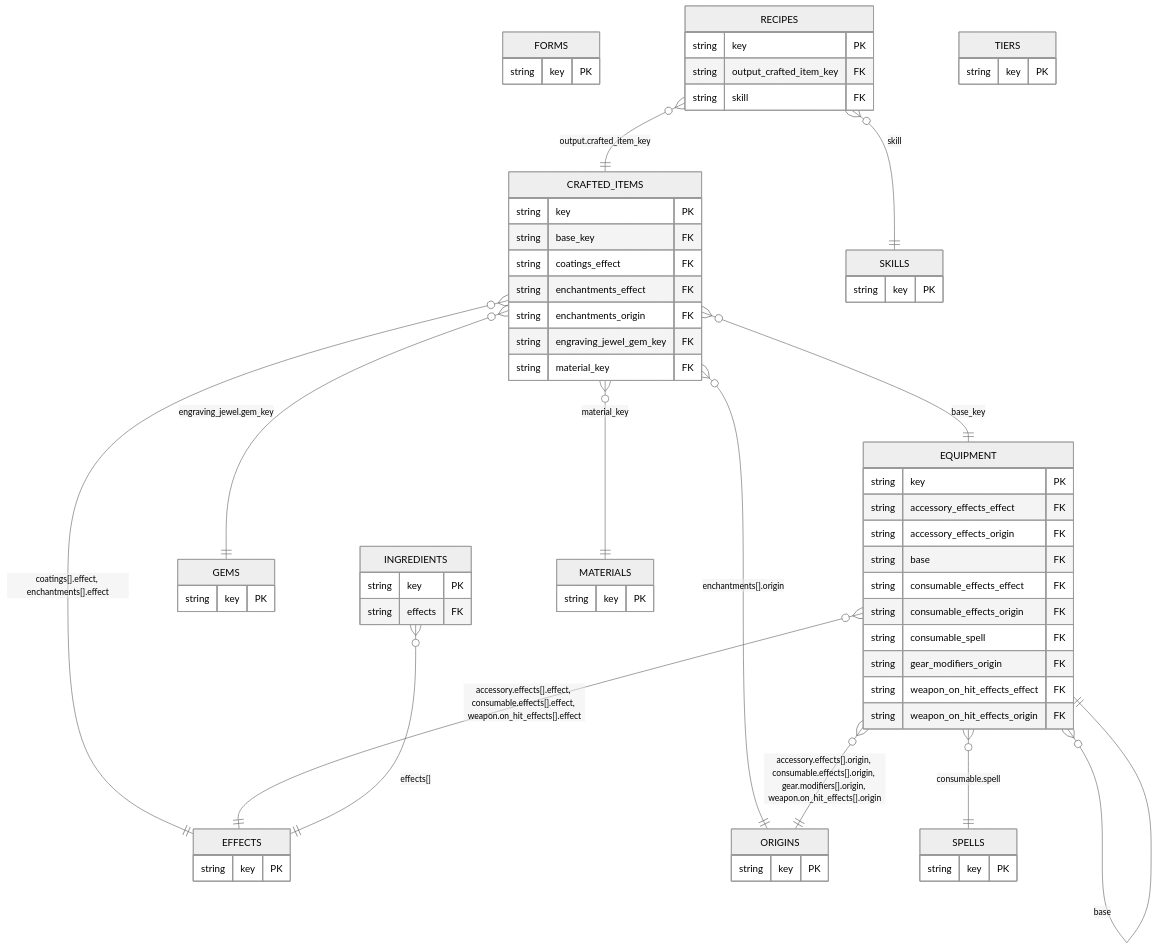
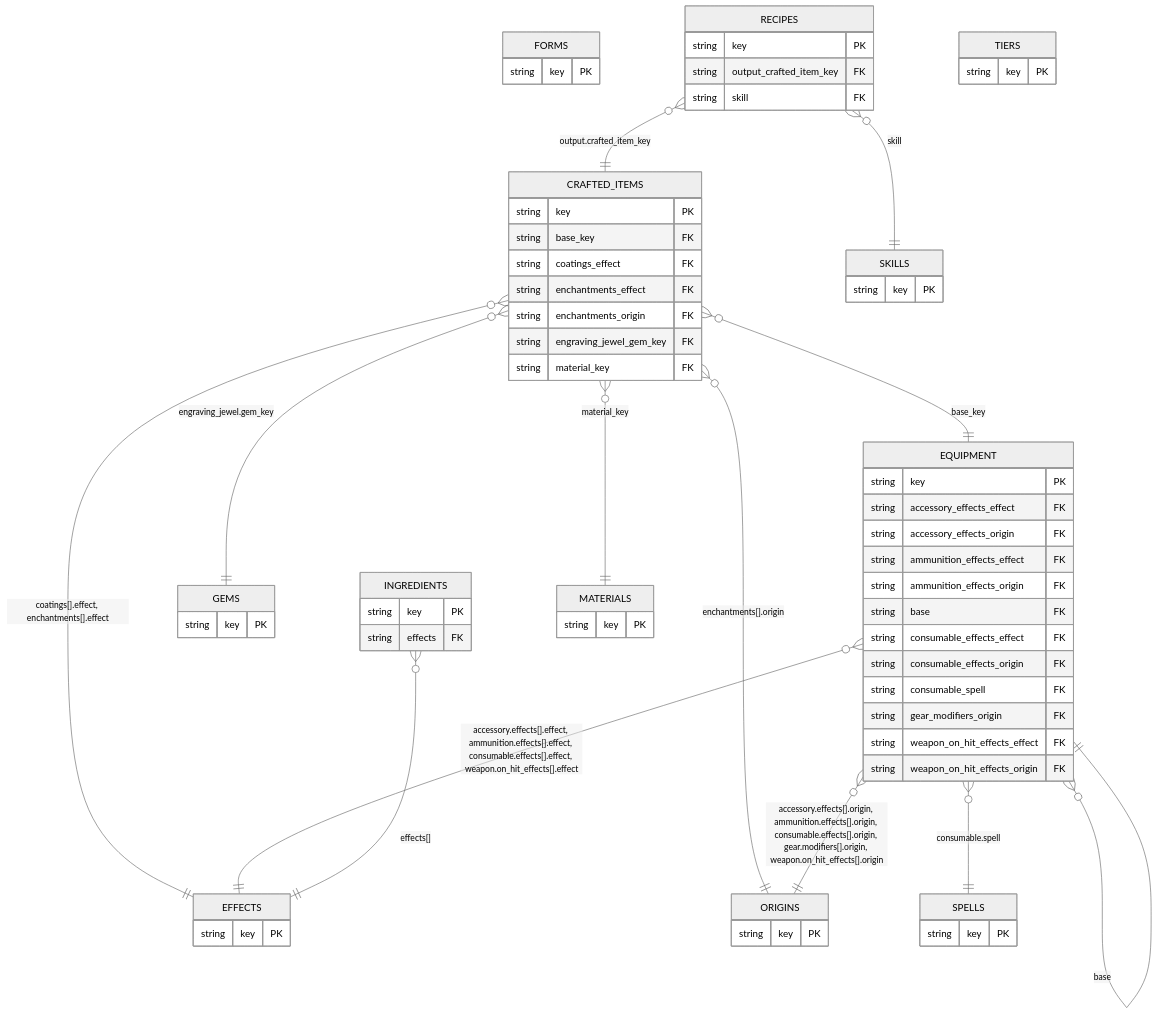
The fourth of 5 diagrams in docs/core/data-model-diagram.md (SETA1609/riftweave-core), drawn with Mermaid (neutral theme) before and after one commit. The commit also changed other lines of this file and 305 other files, not shown here.

````diff
--- a/docs/core/data-model-diagram.md
+++ b/docs/core/data-model-diagram.md
@@ -497,69 +512,71 @@
 ```mermaid
 erDiagram
     CRAFTED_ITEMS {
         string key PK
         string base_key FK
         string coatings_effect FK
         string enchantments_effect FK
         string enchantments_origin FK
         string engraving_jewel_gem_key FK
         string material_key FK
     }
     EFFECTS {
         string key PK
     }
     EQUIPMENT {
         string key PK
         string accessory_effects_effect FK
         string accessory_effects_origin FK
+        string ammunition_effects_effect FK
+        string ammunition_effects_origin FK
         string base FK
         string consumable_effects_effect FK
         string consumable_effects_origin FK
         string consumable_spell FK
         string gear_modifiers_origin FK
         string weapon_on_hit_effects_effect FK
         string weapon_on_hit_effects_origin FK
     }
     FORMS {
         string key PK
     }
     GEMS {
         string key PK
     }
     INGREDIENTS {
         string key PK
         string effects FK
     }
     MATERIALS {
         string key PK
     }
     ORIGINS {
         string key PK
     }
     RECIPES {
         string key PK
         string output_crafted_item_key FK
         string skill FK
     }
     SKILLS {
         string key PK
     }
     SPELLS {
         string key PK
     }
     TIERS {
         string key PK
     }
     CRAFTED_ITEMS }o--|| EFFECTS : "coatings[].effect, enchantments[].effect"
     CRAFTED_ITEMS }o--|| EQUIPMENT : "base_key"
     CRAFTED_ITEMS }o--|| GEMS : "engraving_jewel.gem_key"
     CRAFTED_ITEMS }o--|| MATERIALS : "material_key"
     CRAFTED_ITEMS }o--|| ORIGINS : "enchantments[].origin"
-    EQUIPMENT }o--|| EFFECTS : "accessory.effects[].effect, consumable.effects[].effect, weapon.on_hit_effects[].effect"
+    EQUIPMENT }o--|| EFFECTS : "accessory.effects[].effect, ammunition.effects[].effect, consumable.effects[].effect, weapon.on_hit_effects[].effect"
     EQUIPMENT }o--|| EQUIPMENT : "base"
-    EQUIPMENT }o--|| ORIGINS : "accessory.effects[].origin, consumable.effects[].origin, gear.modifiers[].origin, weapon.on_hit_effects[].origin"
+    EQUIPMENT }o--|| ORIGINS : "accessory.effects[].origin, ammunition.effects[].origin, consumable.effects[].origin, gear.modifiers[].origin, weapon.on_hit_effects[].origin"
     EQUIPMENT }o--|| SPELLS : "consumable.spell"
     INGREDIENTS }o--|| EFFECTS : "effects[]"
     RECIPES }o--|| CRAFTED_ITEMS : "output.crafted_item_key"
     RECIPES }o--|| SKILLS : "skill"
 ```
````
